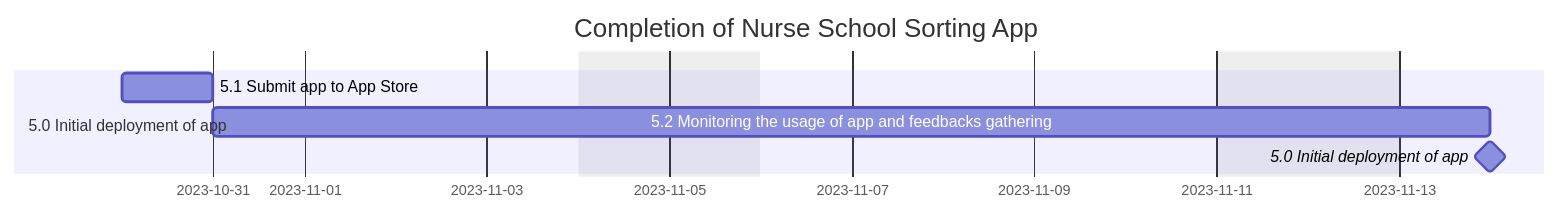
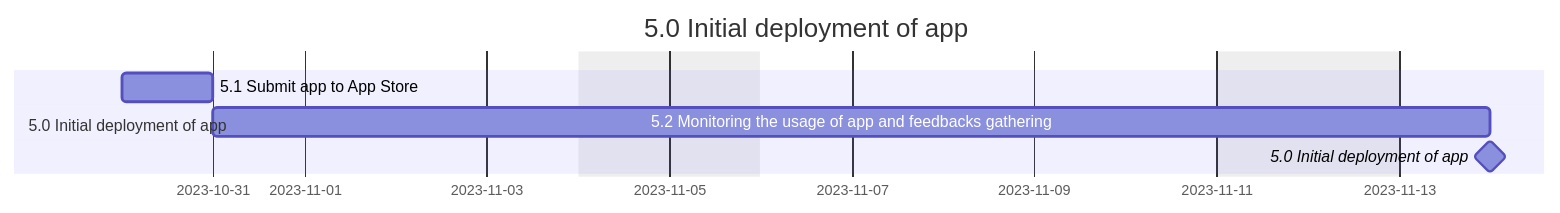
One commit to riow1983/Coursera-PMP changed the seventh of 11 diagrams in README.md. Above: the diagram before and after it, drawn with Mermaid. The commit also changed other lines of this file, not shown here.

````diff
--- a/README.md
+++ b/README.md
@@ -229,11 +229,11 @@
 ```mermaid
 gantt
   dateFormat  YYYY-MM-DD
-  title       Completion of Nurse School Sorting App
+  title       5.0 Initial deployment of app
   excludes    weekends
 
   section 5.0 Initial deployment of app
   5.1 Submit app to App Store: 2023-10-30, 0.5d
   5.2 Monitoring the usage of app and feedbacks gathering: 10d
   5.0 Initial deployment of app: milestone, 0d
 ```
````
